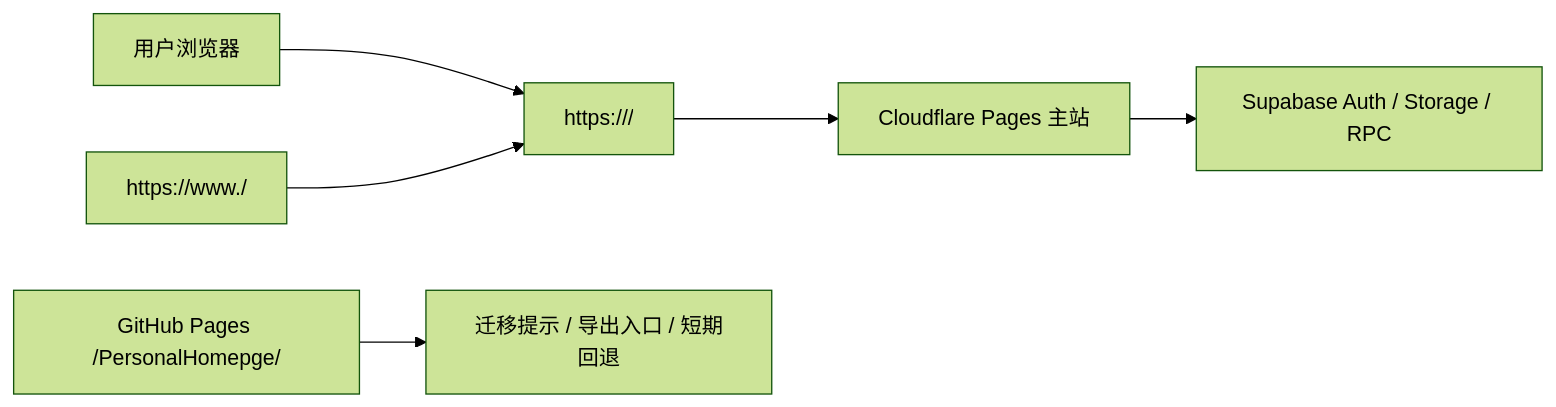
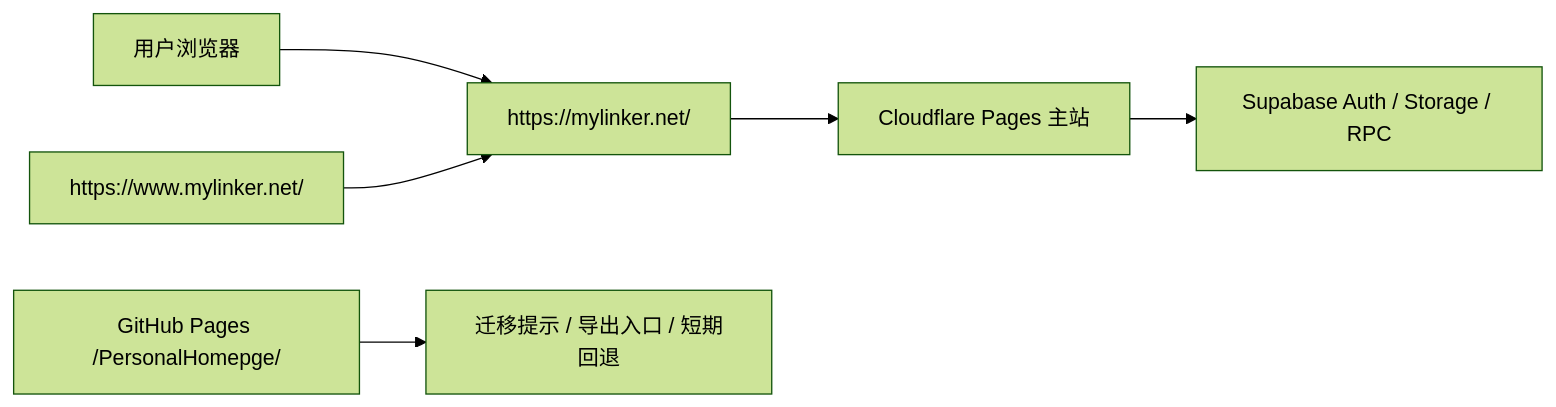
Before and after one commit to yinwenjie/PersonalHomepge: the diagram in docs/guides/MainDomainMigrationRunbook.md, drawn with Mermaid (forest theme). The commit also changed other lines of this file and 9 other files, not shown here.

````diff
--- a/docs/guides/MainDomainMigrationRunbook.md
+++ b/docs/guides/MainDomainMigrationRunbook.md
@@ -31,8 +32,8 @@
 ```mermaid
 flowchart LR
-  User["用户浏览器"] --> Apex["https://<primary-domain>/"]
-  WWW["https://www.<primary-domain>/"] --> Apex
+  User["用户浏览器"] --> Apex["https://mylinker.net/"]
+  WWW["https://www.mylinker.net/"] --> Apex
   Apex --> CFP["Cloudflare Pages 主站"]
   Legacy["GitHub Pages /PersonalHomepge/"] --> Notice["迁移提示 / 导出入口 / 短期回退"]
   CFP --> Supabase["Supabase Auth / Storage / RPC"]
 ```
````
